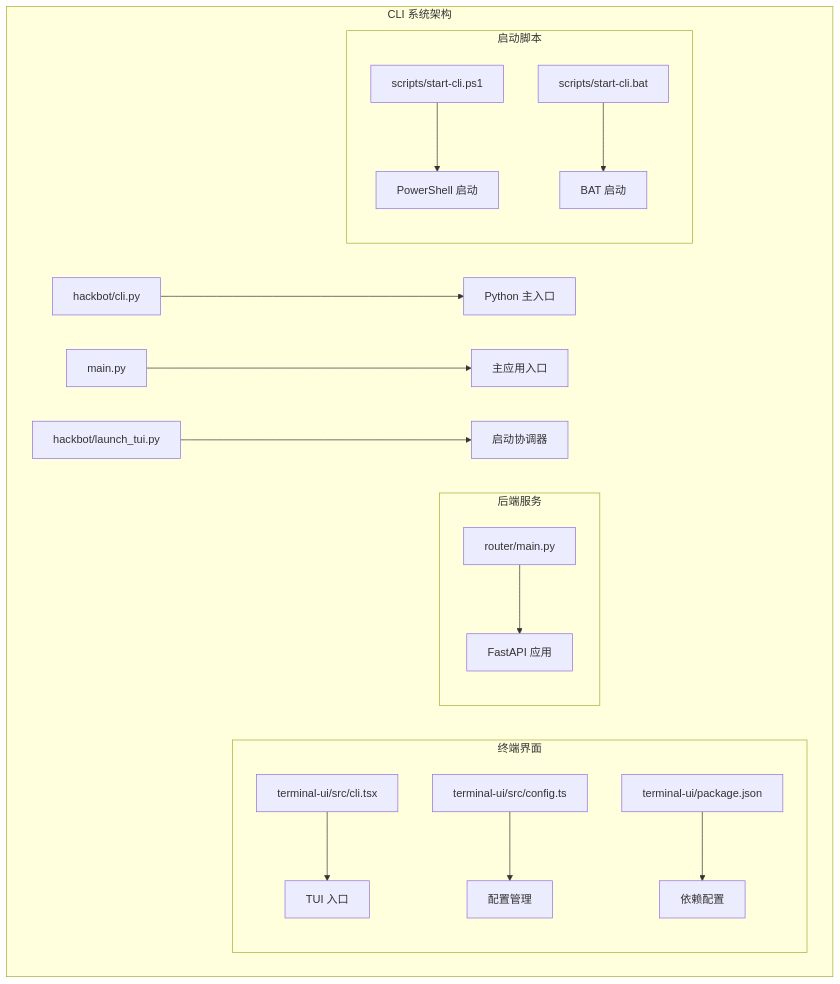
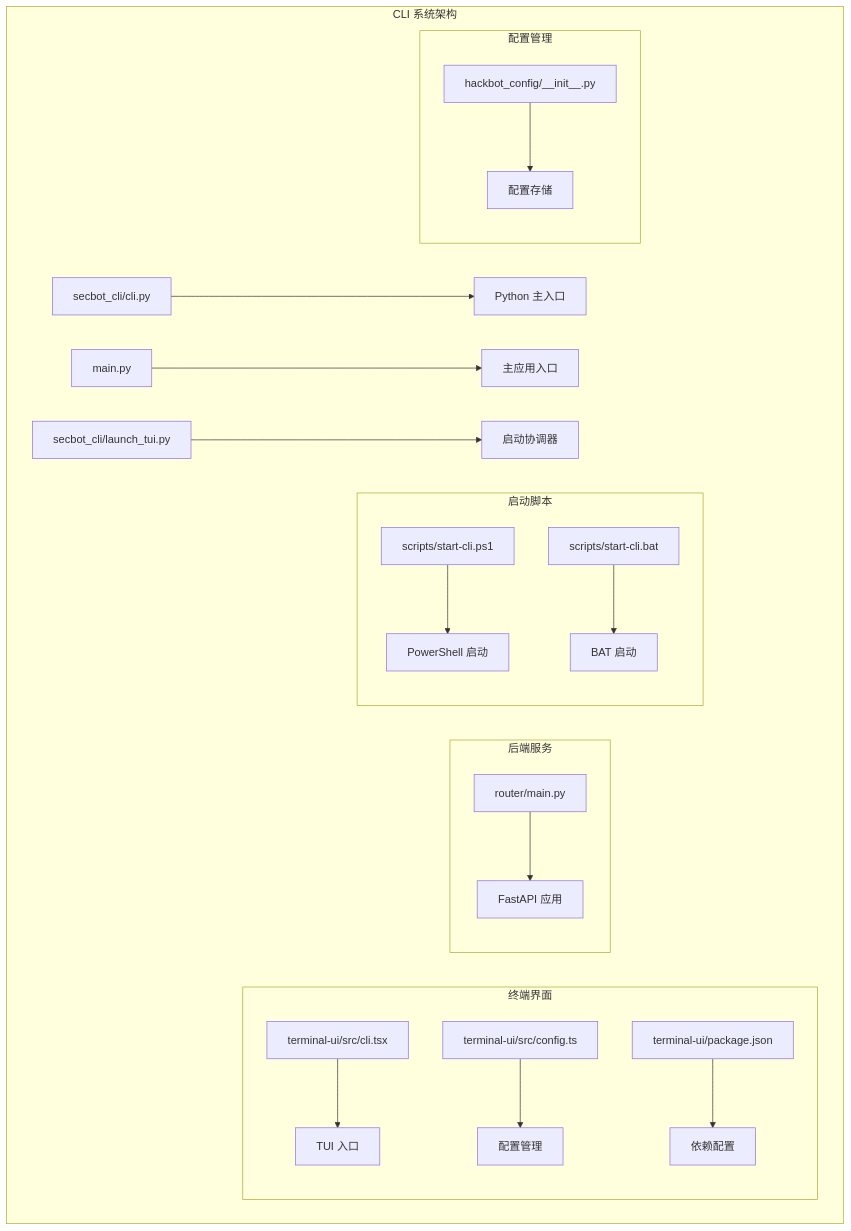
Before and after one commit to iammm0/secbot: the first of 8 diagrams in .qoder/repowiki/zh/content/Cli System.md, drawn with Mermaid. The commit also changed other lines of this file and 10 other files, not shown here.

````diff
--- a/.qoder/repowiki/zh/content/Cli System.md
+++ b/.qoder/repowiki/zh/content/Cli System.md
@@ -43,20 +55,23 @@
 ```mermaid
 graph TB
 subgraph "CLI 系统架构"
-A[hackbot/cli.py] --> B[Python 主入口]
+A[secbot_cli/cli.py] --> B[Python 主入口]
 C[main.py] --> D[主应用入口]
-E[hackbot/launch_tui.py] --> F[启动协调器]
+E[secbot_cli/launch_tui.py] --> F[启动协调器]
 subgraph "终端界面"
 G[terminal-ui/src/cli.tsx] --> H[TUI 入口]
 I[terminal-ui/src/config.ts] --> J[配置管理]
 K[terminal-ui/package.json] --> L[依赖配置]
 end
 subgraph "后端服务"
 M[router/main.py] --> N[FastAPI 应用]
 end
 subgraph "启动脚本"
 O[scripts/start-cli.ps1] --> P[PowerShell 启动]
 Q[scripts/start-cli.bat] --> R[BAT 启动]
 end
+subgraph "配置管理"
+S[hackbot_config/__init__.py] --> T[配置存储]
+end
 end
 ```
````
